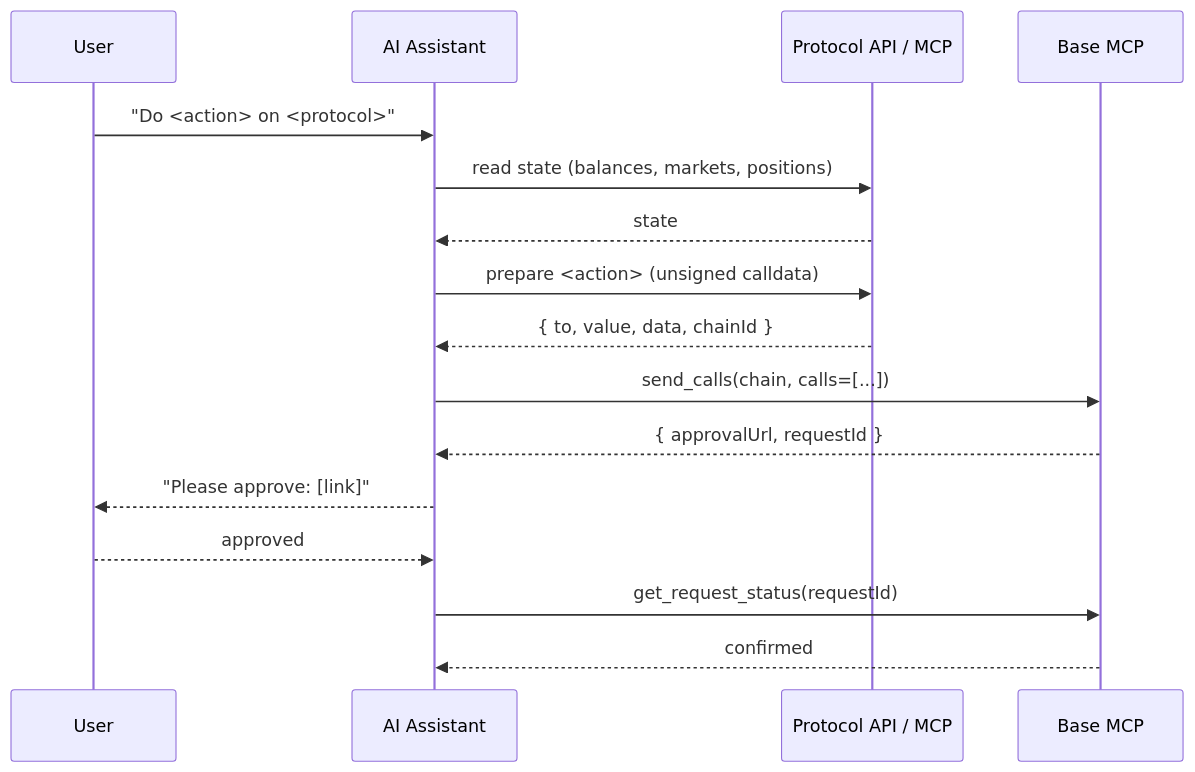
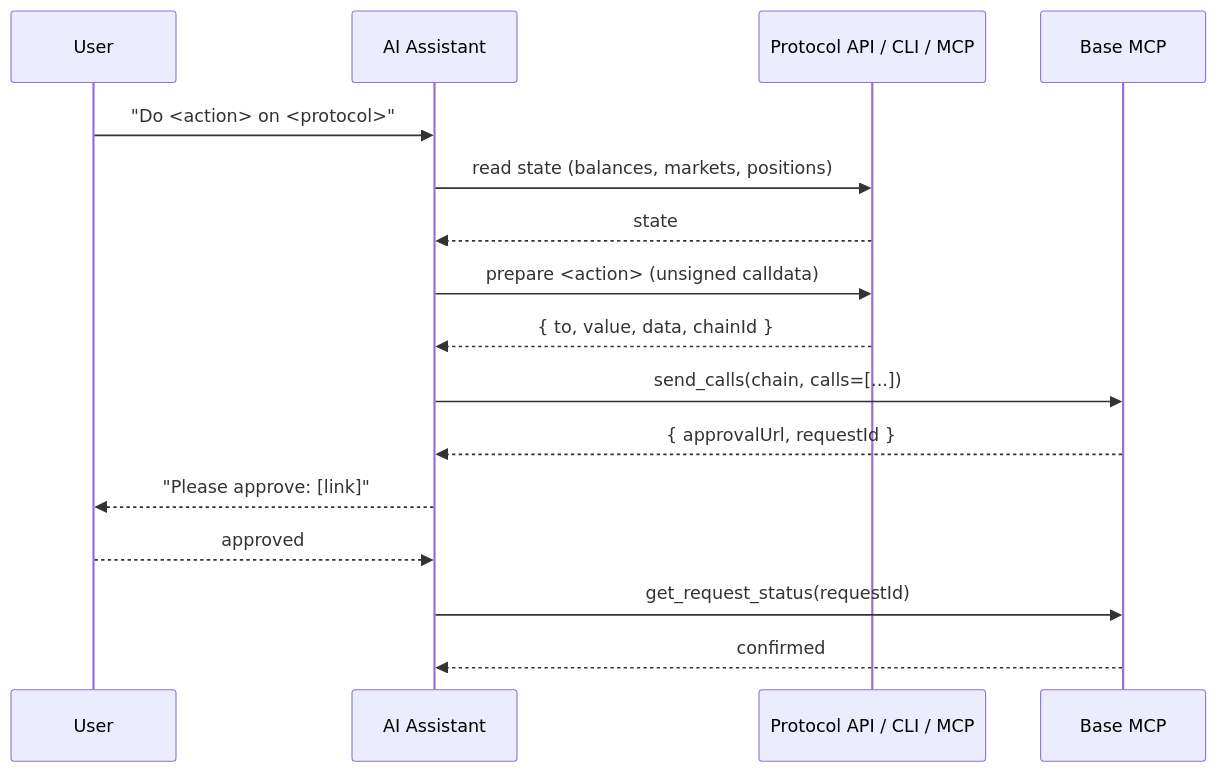
Before and after one commit to base/docs: the diagram in docs/ai-agents/plugins/index.mdx, drawn with Mermaid. The commit also changed other lines of this file and 18 other files, not shown here.

````diff
--- a/docs/ai-agents/plugins/index.mdx
+++ b/docs/ai-agents/plugins/index.mdx
@@ -58,19 +58,19 @@
 ```mermaid
 sequenceDiagram
     participant User
     participant AI as AI Assistant
-    participant Protocol as Protocol API / MCP
+    participant Protocol as Protocol API / CLI / MCP
     participant BA as Base MCP
 
     User->>AI: "Do <action> on <protocol>"
     AI->>Protocol: read state (balances, markets, positions)
     Protocol-->>AI: state
     AI->>Protocol: prepare <action> (unsigned calldata)
     Protocol-->>AI: { to, value, data, chainId }
     AI->>BA: send_calls(chain, calls=[...])
     BA-->>AI: { approvalUrl, requestId }
     AI-->>User: "Please approve: [link]"
     User-->>AI: approved
     AI->>BA: get_request_status(requestId)
     BA-->>AI: confirmed
 ```
````
